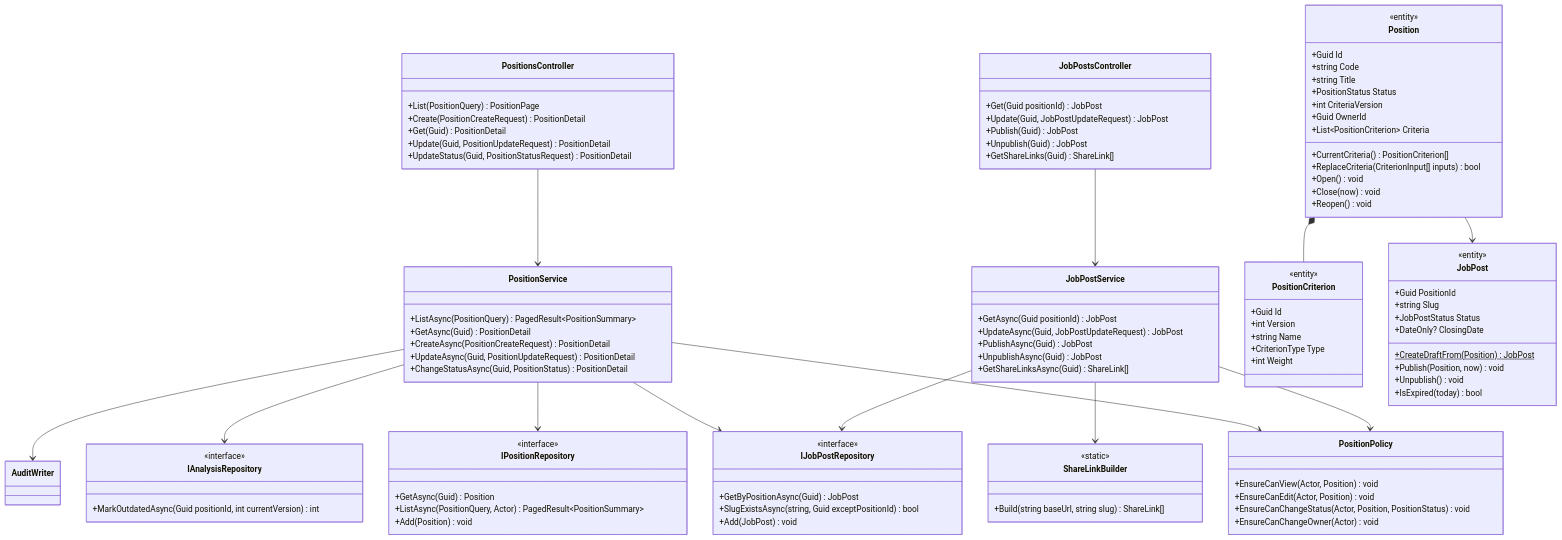
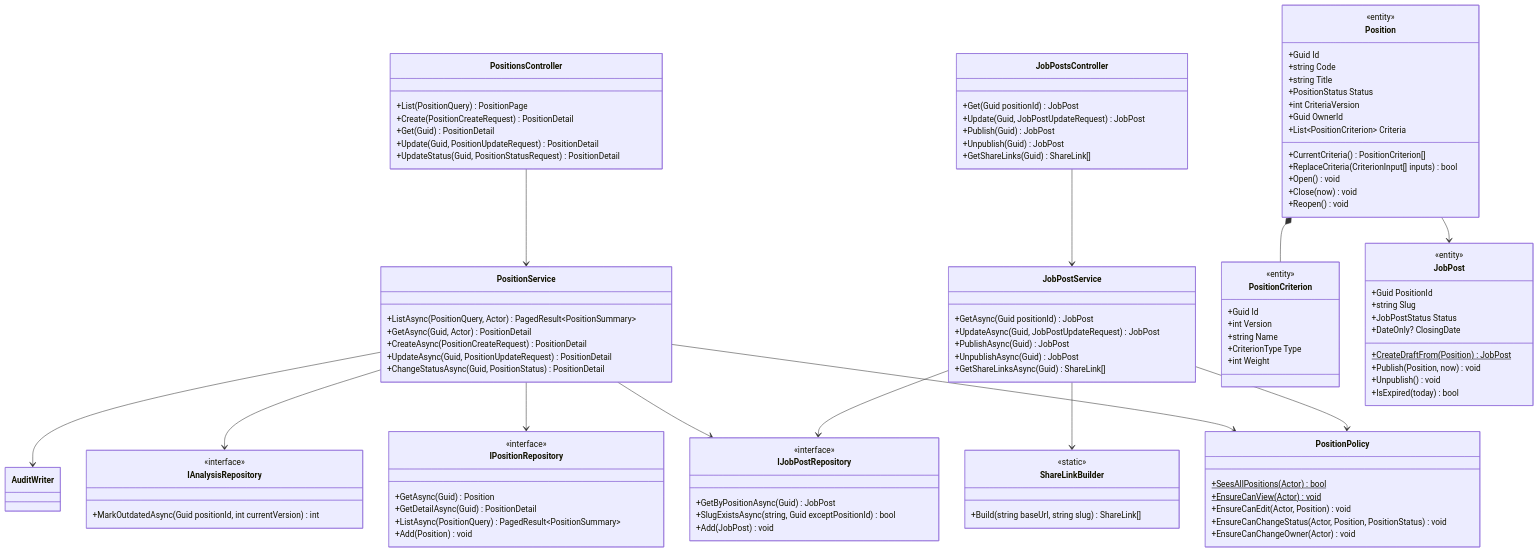
One commit to duongk18FPTU/recruitment-ats changed the third of 12 diagrams in docs/10-class-design.md. Above: the diagram before and after it, drawn with Mermaid. The commit also changed other lines of this file and 46 other files, not shown here.

First line of the commit message:
Add US04 view positions: search, status tabs, filters, and the position detail

```diff
--- a/docs/10-class-design.md
+++ b/docs/10-class-design.md
@@ -254,8 +254,8 @@
         +GetShareLinks(Guid) ShareLink[]
     }
     class PositionService {
-        +ListAsync(PositionQuery) PagedResult~PositionSummary~
-        +GetAsync(Guid) PositionDetail
+        +ListAsync(PositionQuery, Actor) PagedResult~PositionSummary~
+        +GetAsync(Guid, Actor) PositionDetail
         +CreateAsync(PositionCreateRequest) PositionDetail
         +UpdateAsync(Guid, PositionUpdateRequest) PositionDetail
         +ChangeStatusAsync(Guid, PositionStatus) PositionDetail
@@ -268,7 +268,8 @@
         +GetShareLinksAsync(Guid) ShareLink[]
     }
     class PositionPolicy {
-        +EnsureCanView(Actor, Position) void
+        +SeesAllPositions(Actor)$ bool
+        +EnsureCanView(Actor)$ void
         +EnsureCanEdit(Actor, Position) void
         +EnsureCanChangeStatus(Actor, Position, PositionStatus) void
         +EnsureCanChangeOwner(Actor) void
@@ -314,7 +315,8 @@
     class IPositionRepository {
         <<interface>>
         +GetAsync(Guid) Position
-        +ListAsync(PositionQuery, Actor) PagedResult~PositionSummary~
+        +GetDetailAsync(Guid) PositionDetail
+        +ListAsync(PositionQuery) PagedResult~PositionSummary~
         +Add(Position) void
     }
     class IJobPostRepository {
```
